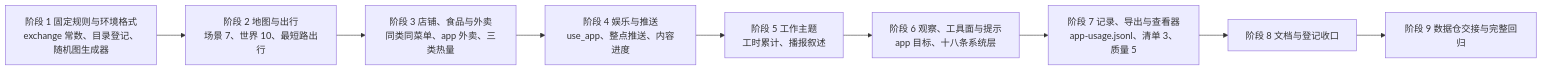
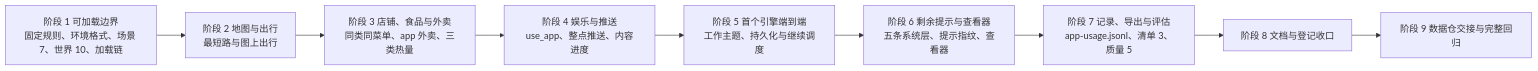
One commit to HoldThatThgt/WorldMock changed the diagram in docs/dev/SPEC-resource-and-rule-simplification.md. Above: the diagram before and after it, drawn with Mermaid. The commit also changed other lines of this file and 10 other files, not shown here.

````diff
--- a/docs/dev/SPEC-resource-and-rule-simplification.md
+++ b/docs/dev/SPEC-resource-and-rule-simplification.md
@@ -15,10 +15,10 @@
 ```mermaid
 flowchart LR
-    R[阶段 1 固定规则与环境格式<br/>exchange 常数、目录登记、随机图生成器] --> M[阶段 2 地图与出行<br/>场景 7、世界 10、最短路出行]
+    R[阶段 1 可加载边界<br/>固定规则、环境格式、场景 7、世界 10、加载链] --> M[阶段 2 地图与出行<br/>最短路与图上出行]
     M --> S[阶段 3 店铺、食品与外卖<br/>同类同菜单、app 外卖、三类热量]
     S --> A[阶段 4 娱乐与推送<br/>use_app、整点推送、内容进度]
-    A --> W[阶段 5 工作主题<br/>工时累计、播报叙述]
-    W --> P[阶段 6 观察、工具面与提示<br/>app 目标、十八条系统层]
-    P --> E[阶段 7 记录、导出与查看器<br/>app-usage.jsonl、清单 3、质量 5]
+    A --> W[阶段 5 首个引擎端到端<br/>工作主题、持久化与继续调度]
+    W --> P[阶段 6 剩余提示与查看器<br/>五条系统层、提示指纹、查看器]
+    P --> E[阶段 7 记录、导出与评估<br/>app-usage.jsonl、清单 3、质量 5]
     E --> D[阶段 8 文档与登记收口] --> X[阶段 9 数据仓交接与完整回归]
 ```
````
